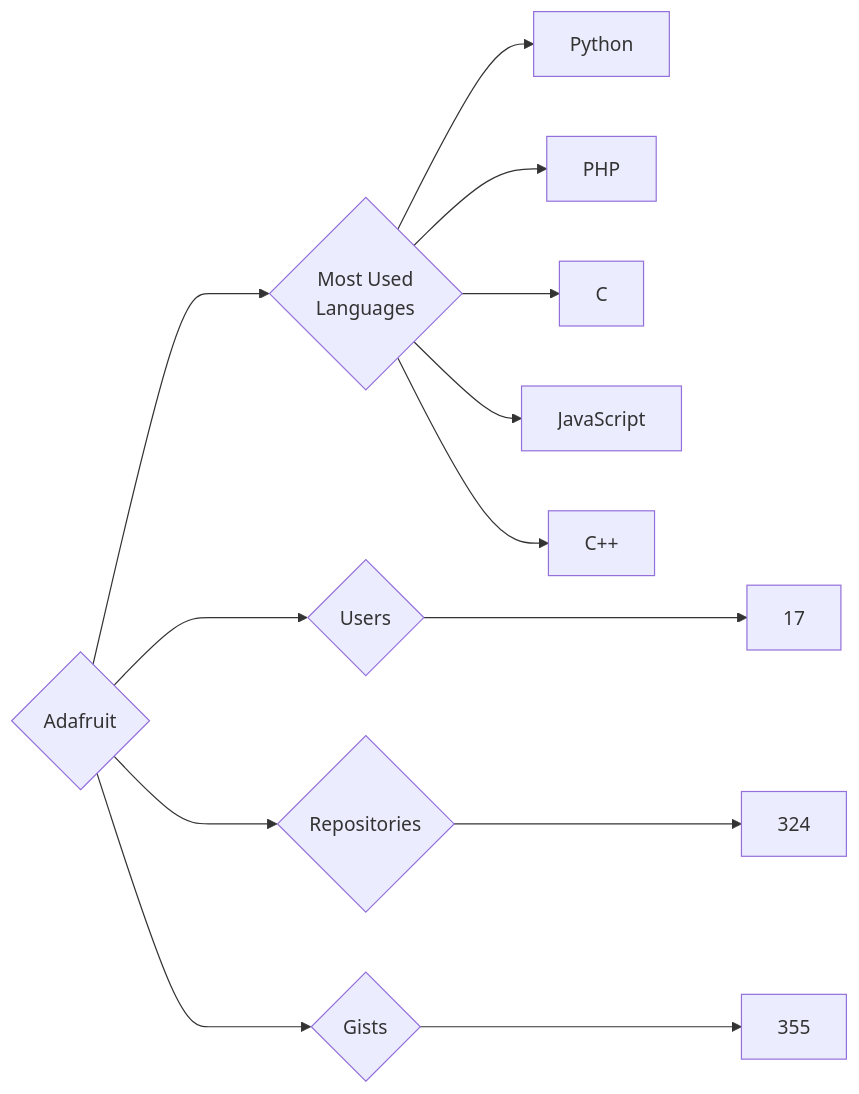
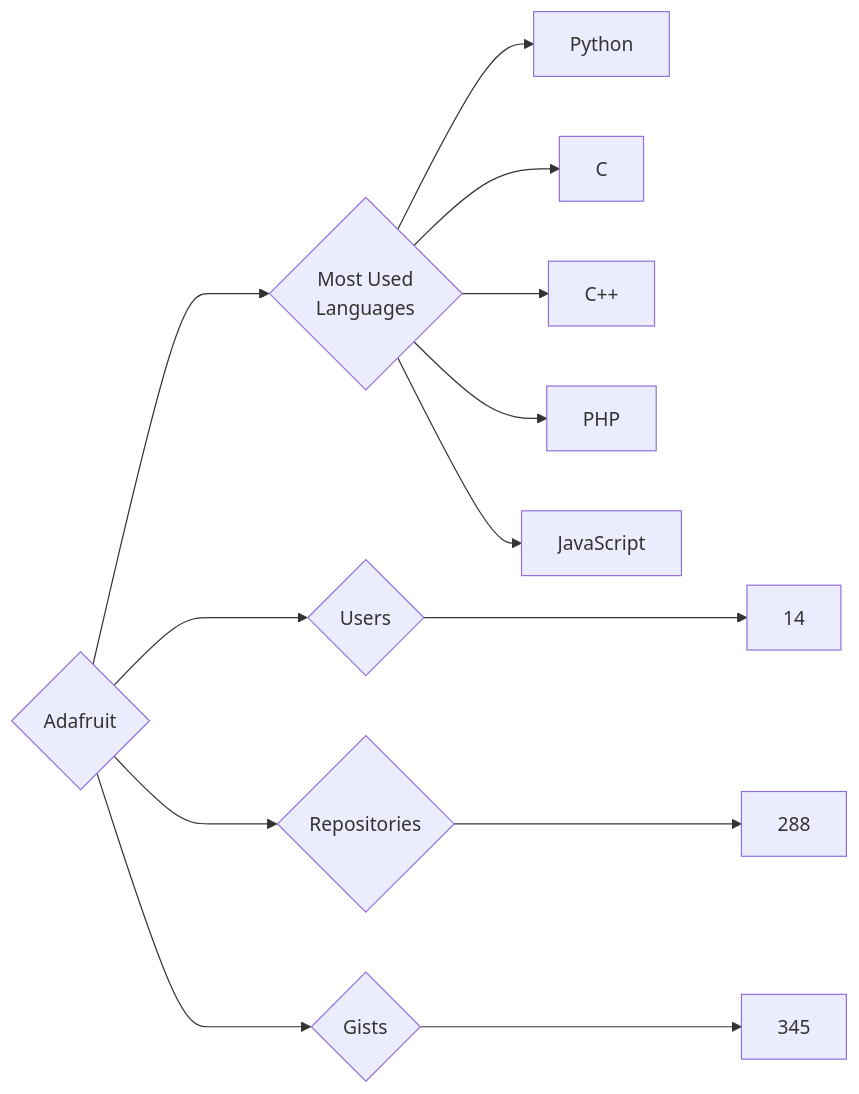
Before and after one commit to trickest/insiders: the diagram in targets/Adafruit/README.md, drawn with Mermaid. The commit also changed 861 other files, not shown here.

````diff
--- a/targets/Adafruit/README.md
+++ b/targets/Adafruit/README.md
@@ -3,13 +3,13 @@
 ```mermaid
 graph LR
 COMPANY_NAME{Adafruit}
-COMPANY_NAME ---> U{Users} ---> UN[17]
-COMPANY_NAME ---> R{Repositories} ---> RN[324]
-COMPANY_NAME ---> G{Gists} ---> GN[355]
+COMPANY_NAME ---> U{Users} ---> UN[14]
+COMPANY_NAME ---> R{Repositories} ---> RN[288]
+COMPANY_NAME ---> G{Gists} ---> GN[345]
 COMPANY_NAME ---> ML{Most Used<br>Languages}
 ML --> Python[Python]
+ML --> C[C]
+ML --> C++[C++]
 ML --> PHP[PHP]
-ML --> C[C]
 ML --> JavaScript[JavaScript]
-ML --> C++[C++]
 ```
````
